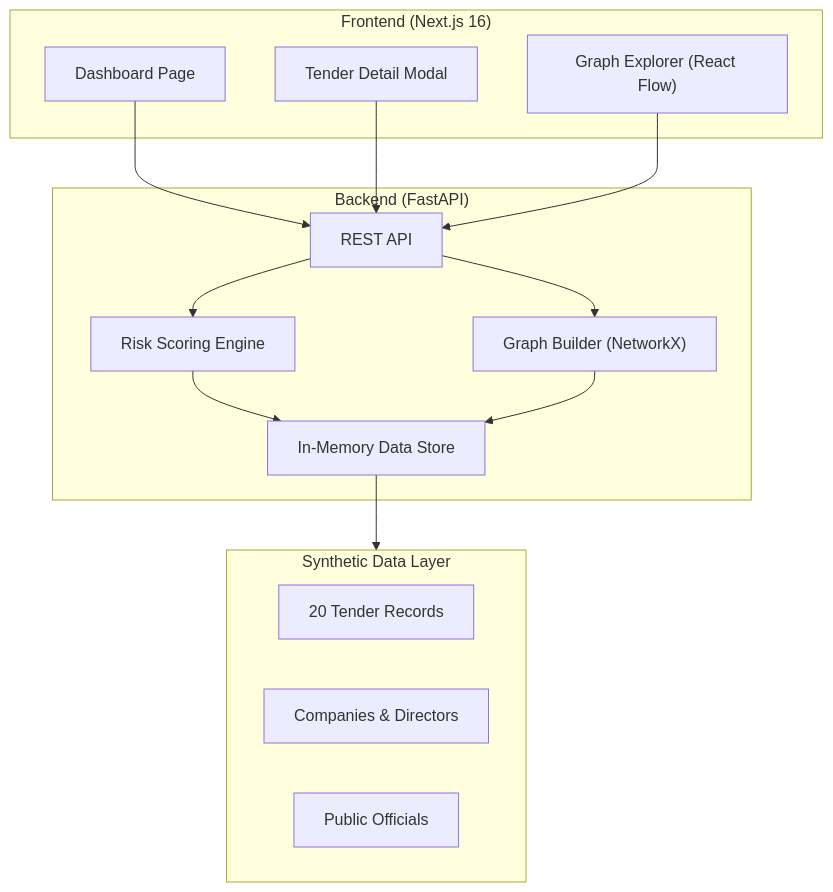
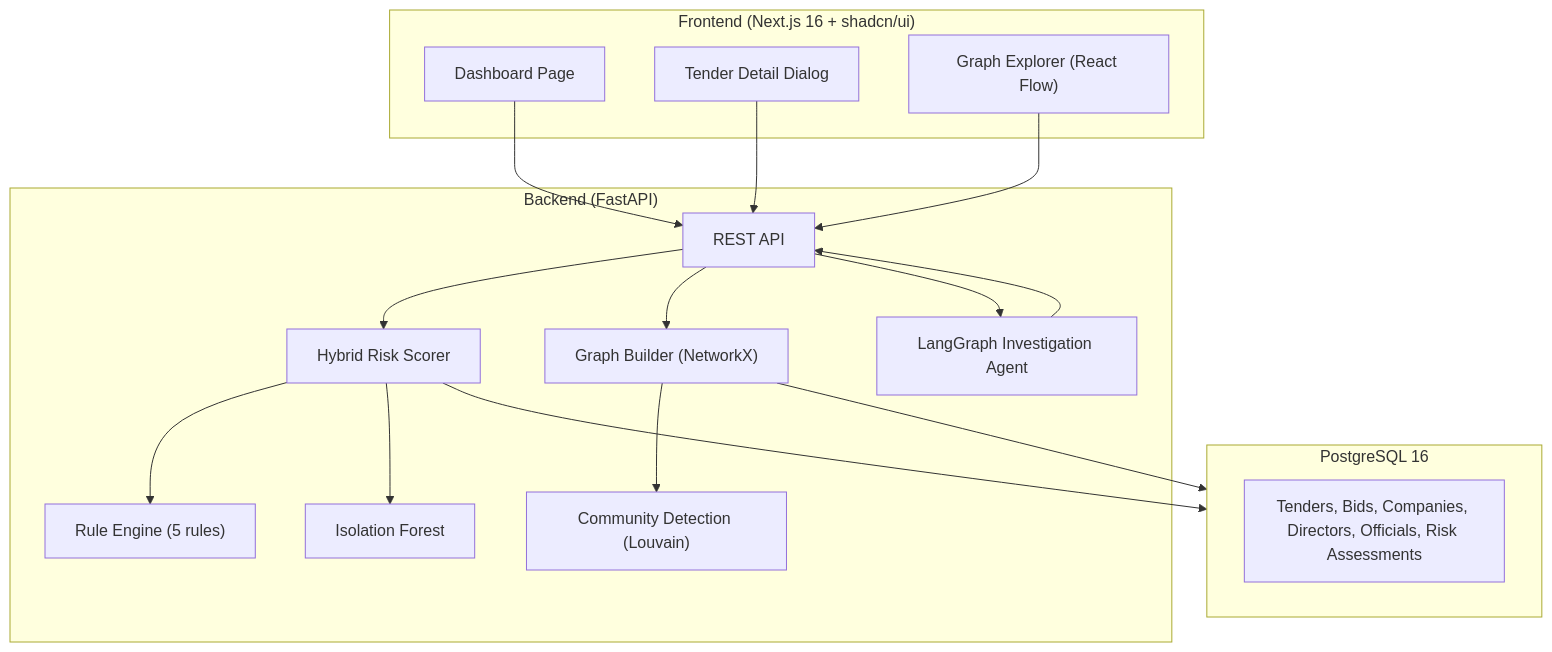
The diagram in IMPLEMENTATION.md (kodalegit/sentinel), drawn with Mermaid before and after one commit. The commit also changed other lines of this file and 1 other file, not shown here.

````diff
--- a/IMPLEMENTATION.md
+++ b/IMPLEMENTATION.md
@@ -21,30 +22,35 @@
 ```mermaid
 graph TB
-    subgraph Frontend["Frontend (Next.js 16)"]
+    subgraph Frontend["Frontend (Next.js 16 + shadcn/ui)"]
         Dashboard["Dashboard Page"]
-        Modal["Tender Detail Modal"]
+        Modal["Tender Detail Dialog"]
         GraphExplorer["Graph Explorer (React Flow)"]
     end
 
     subgraph Backend["Backend (FastAPI)"]
         API["REST API"]
-        RiskEngine["Risk Scoring Engine"]
+        HybridScorer["Hybrid Risk Scorer"]
+        RuleEngine["Rule Engine (5 rules)"]
+        MLEngine["Isolation Forest"]
         GraphBuilder["Graph Builder (NetworkX)"]
-        DataStore["In-Memory Data Store"]
+        Communities["Community Detection (Louvain)"]
+        Agent["LangGraph Investigation Agent"]
     end
 
-    subgraph Data["Synthetic Data Layer"]
-        Tenders["20 Tender Records"]
-        Entities["Companies & Directors"]
-        Officials["Public Officials"]
+    subgraph Database["PostgreSQL 16"]
+        Tables["Tenders, Bids, Companies, Directors, Officials, Risk Assessments"]
     end
 
     Dashboard --> API
     Modal --> API
     GraphExplorer --> API
-    API --> RiskEngine
+    API --> HybridScorer
     API --> GraphBuilder
-    RiskEngine --> DataStore
-    GraphBuilder --> DataStore
-    DataStore --> Data
+    API --> Agent
+    HybridScorer --> RuleEngine
+    HybridScorer --> MLEngine
+    GraphBuilder --> Communities
+    Agent --> API
+    HybridScorer --> Database
+    GraphBuilder --> Database
 ```
````
